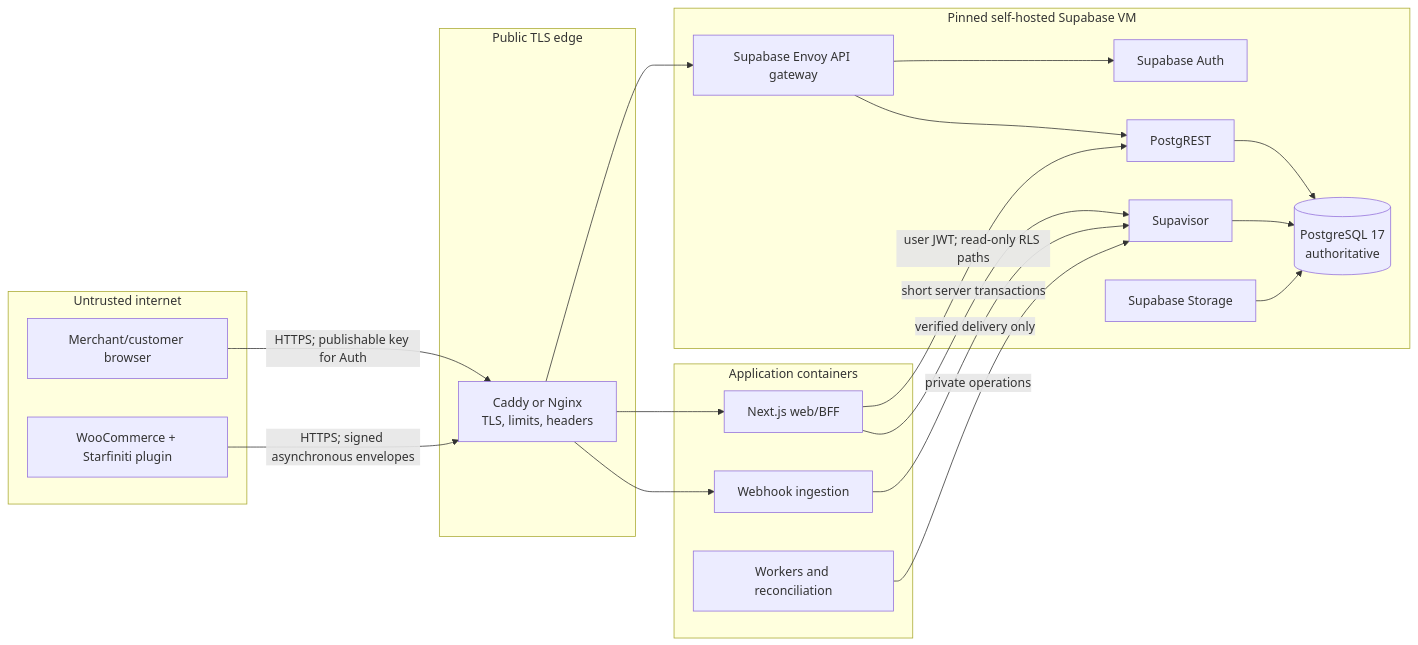
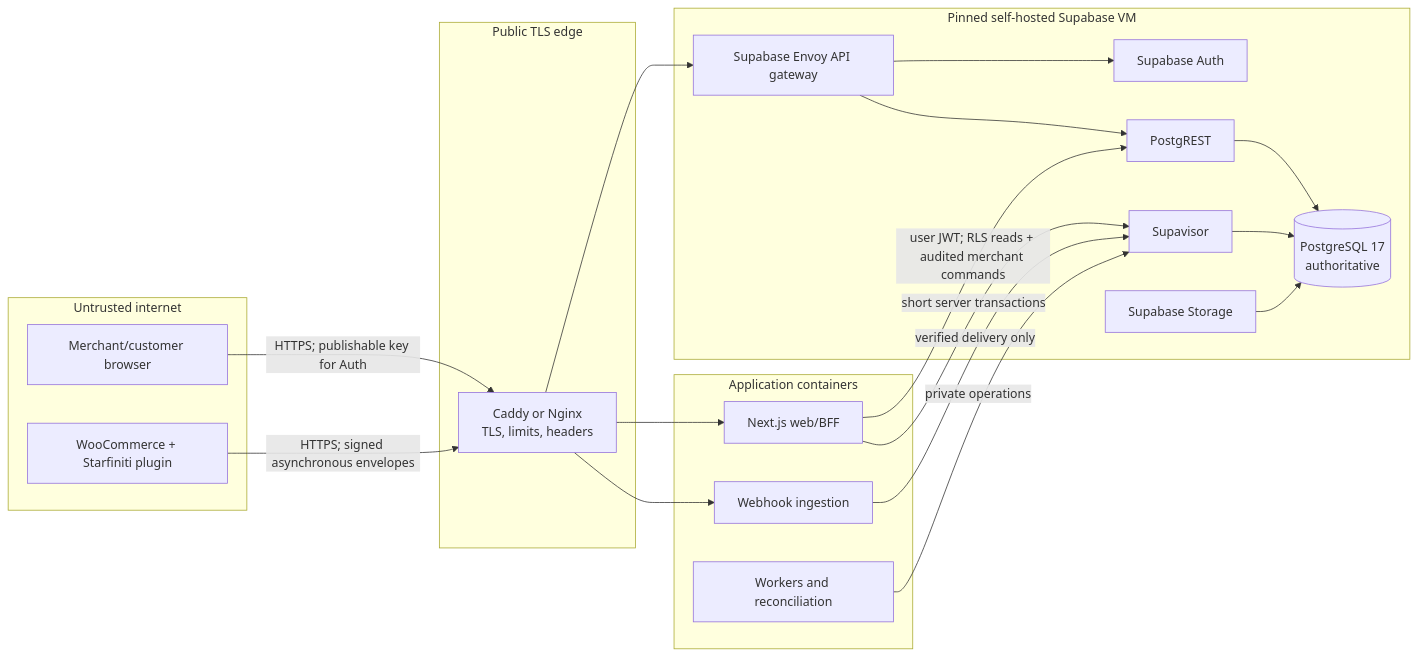
One commit to Starfiniti/starfiniti-loyalty changed the diagram in docs/architecture/SYSTEM_ARCHITECTURE.md. Above: the diagram before and after it, drawn with Mermaid. The commit also changed other lines of this file and 16 other files, not shown here.

````diff
--- a/docs/architecture/SYSTEM_ARCHITECTURE.md
+++ b/docs/architecture/SYSTEM_ARCHITECTURE.md
@@ -11,41 +11,41 @@
 ```mermaid
 flowchart LR
   subgraph Internet["Untrusted internet"]
     Browser["Merchant/customer browser"]
     WP["WooCommerce + Starfiniti plugin"]
   end
 
   subgraph Edge["Public TLS edge"]
     Proxy["Caddy or Nginx\nTLS, limits, headers"]
   end
 
   subgraph AppVM["Application containers"]
     Web["Next.js web/BFF"]
     Ingest["Webhook ingestion"]
     Worker["Workers and reconciliation"]
   end
 
   subgraph SupabaseVM["Pinned self-hosted Supabase VM"]
     Envoy["Supabase Envoy API gateway"]
     Auth["Supabase Auth"]
     Rest["PostgREST"]
     Pool["Supavisor"]
     DB[("PostgreSQL 17\nauthoritative")]
     Storage["Supabase Storage"]
   end
 
   Browser -->|"HTTPS; publishable key for Auth"| Proxy
   WP -->|"HTTPS; signed asynchronous envelopes"| Proxy
   Proxy --> Web
   Proxy --> Ingest
   Proxy --> Envoy
   Envoy --> Auth
   Envoy --> Rest
-  Web -->|"user JWT; read-only RLS paths"| Rest
+  Web -->|"user JWT; RLS reads + audited merchant commands"| Rest
   Web -->|"short server transactions"| Pool
   Ingest -->|"verified delivery only"| Pool
   Worker -->|"private operations"| Pool
   Rest --> DB
   Pool --> DB
   Storage --> DB
 ```
````
